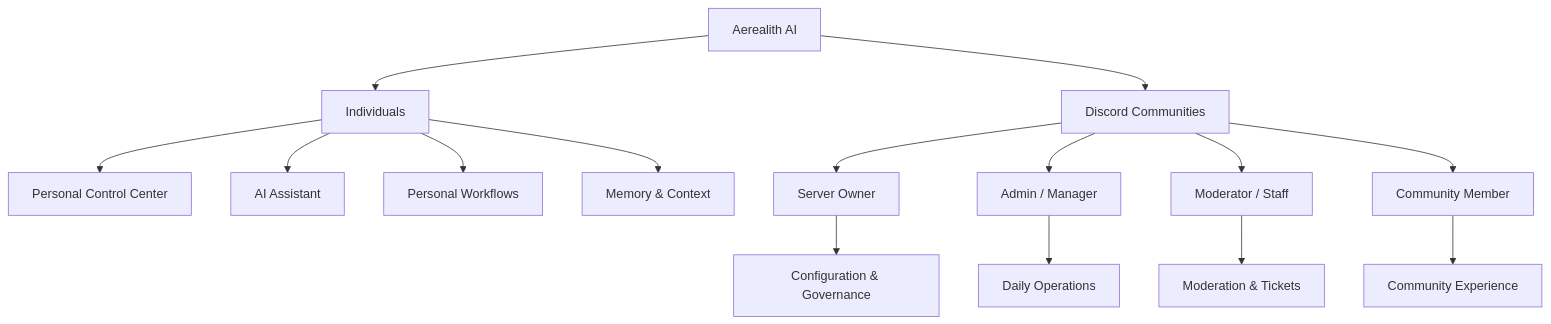
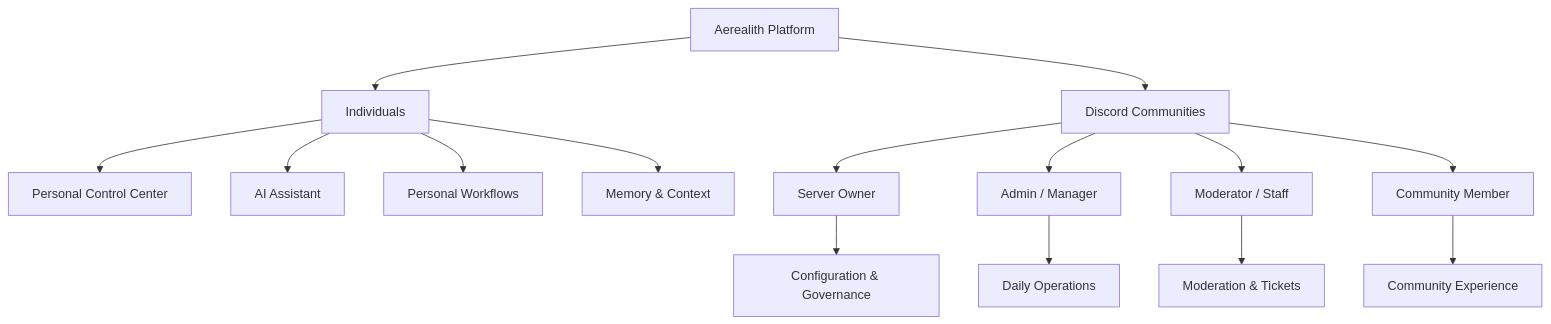
The first of 3 diagrams in docs/product/User Personas.md (SinLess-Games/Aerealith), drawn with Mermaid before and after one commit. The commit also changed other lines of this file and 1352 other files, not shown here.

````diff
--- a/docs/product/User Personas.md
+++ b/docs/product/User Personas.md
@@ -83,22 +89,22 @@
 ```mermaid
 flowchart TD
-    A["Aerealith AI"]
+    A["Aerealith Platform"]
 
     A --> Individuals["Individuals"]
     A --> Communities["Discord Communities"]
 
     Individuals --> PersonalControl["Personal Control Center"]
     Individuals --> Assistant["AI Assistant"]
     Individuals --> Workflows["Personal Workflows"]
     Individuals --> Memory["Memory & Context"]
 
     Communities --> Owner["Server Owner"]
     Communities --> Admin["Admin / Manager"]
     Communities --> Staff["Moderator / Staff"]
     Communities --> Member["Community Member"]
 
     Owner --> Configuration["Configuration & Governance"]
     Admin --> Operations["Daily Operations"]
     Staff --> Moderation["Moderation & Tickets"]
     Member --> Experience["Community Experience"]
 ```
````
